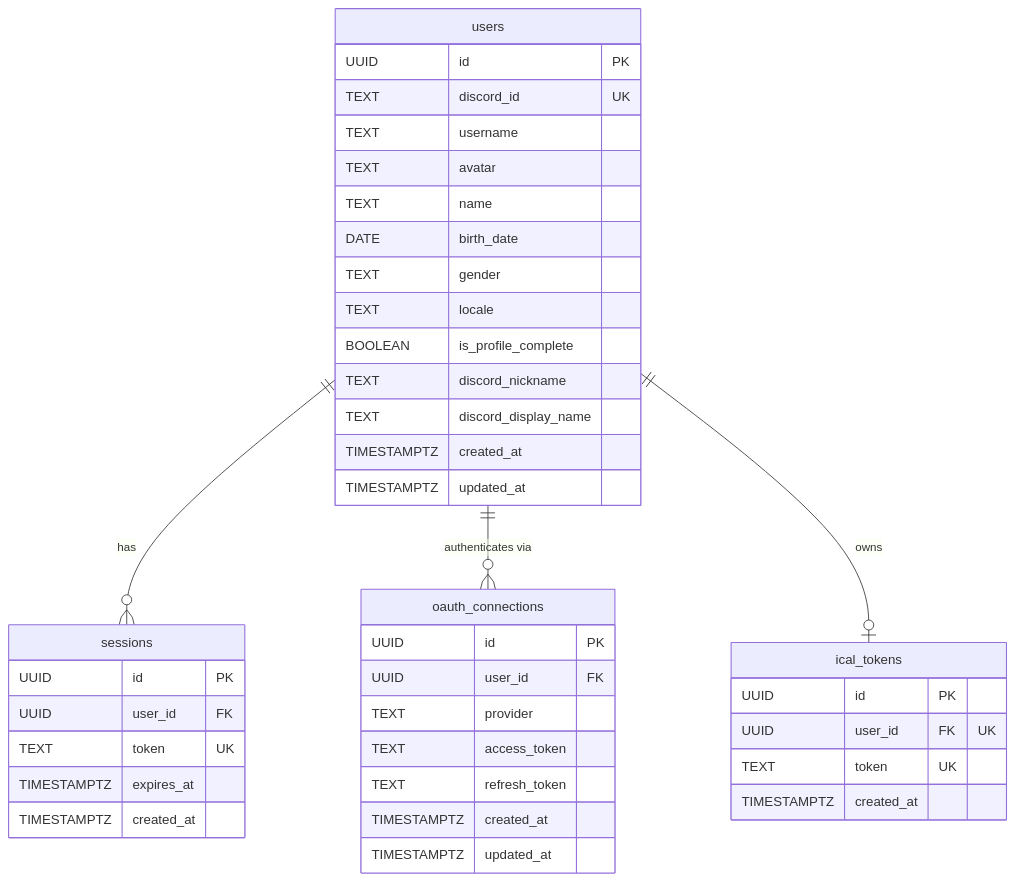
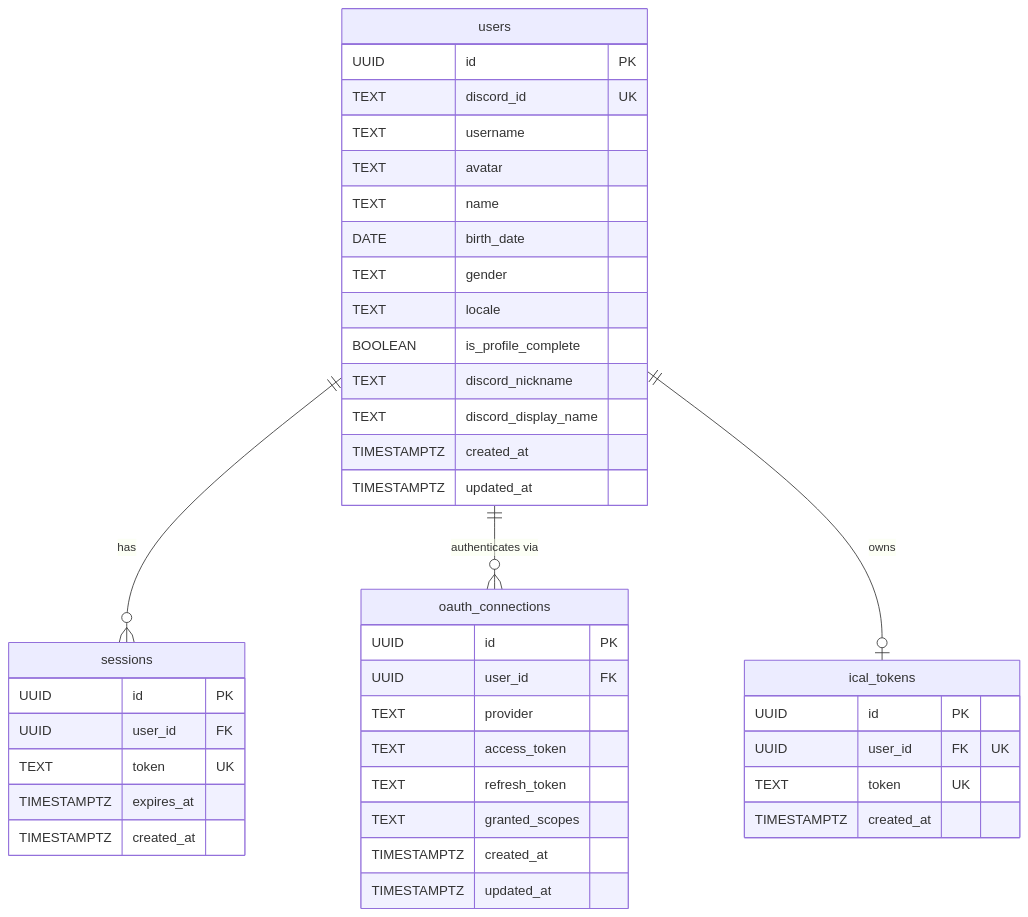
Before and after one commit to sideline-cz/sideline: the second of 12 diagrams in docs/thesis/er-diagram.md, drawn with Mermaid. The commit also changed 24 other files, not shown here.

First line of the commit message:
fix(server): recover oauth flow when guilds.join scope is missing (#258)

````diff
--- a/docs/thesis/er-diagram.md
+++ b/docs/thesis/er-diagram.md
@@ -93,47 +93,48 @@
 ```mermaid
 erDiagram
     users {
         UUID id PK
         TEXT discord_id UK
         TEXT username
         TEXT avatar
         TEXT name
         DATE birth_date
         TEXT gender
         TEXT locale
         BOOLEAN is_profile_complete
         TEXT discord_nickname
         TEXT discord_display_name
         TIMESTAMPTZ created_at
         TIMESTAMPTZ updated_at
     }
 
     sessions {
         UUID id PK
         UUID user_id FK
         TEXT token UK
         TIMESTAMPTZ expires_at
         TIMESTAMPTZ created_at
     }
 
     oauth_connections {
         UUID id PK
         UUID user_id FK
         TEXT provider
         TEXT access_token
         TEXT refresh_token
+        TEXT granted_scopes
         TIMESTAMPTZ created_at
         TIMESTAMPTZ updated_at
     }
 
     ical_tokens {
         UUID id PK
         UUID user_id FK "UK"
         TEXT token UK
         TIMESTAMPTZ created_at
     }
 
     users ||--o{ sessions : "has"
     users ||--o{ oauth_connections : "authenticates via"
     users ||--o| ical_tokens : "owns"
 ```
````
